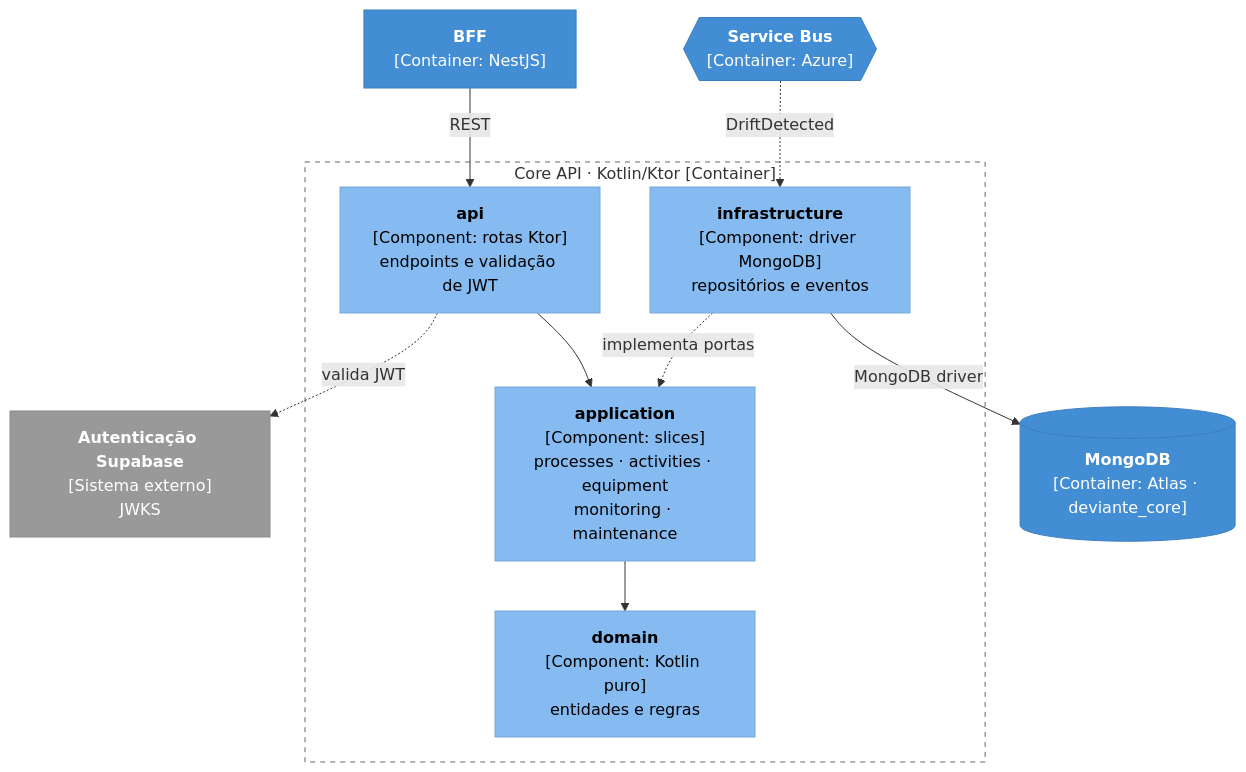
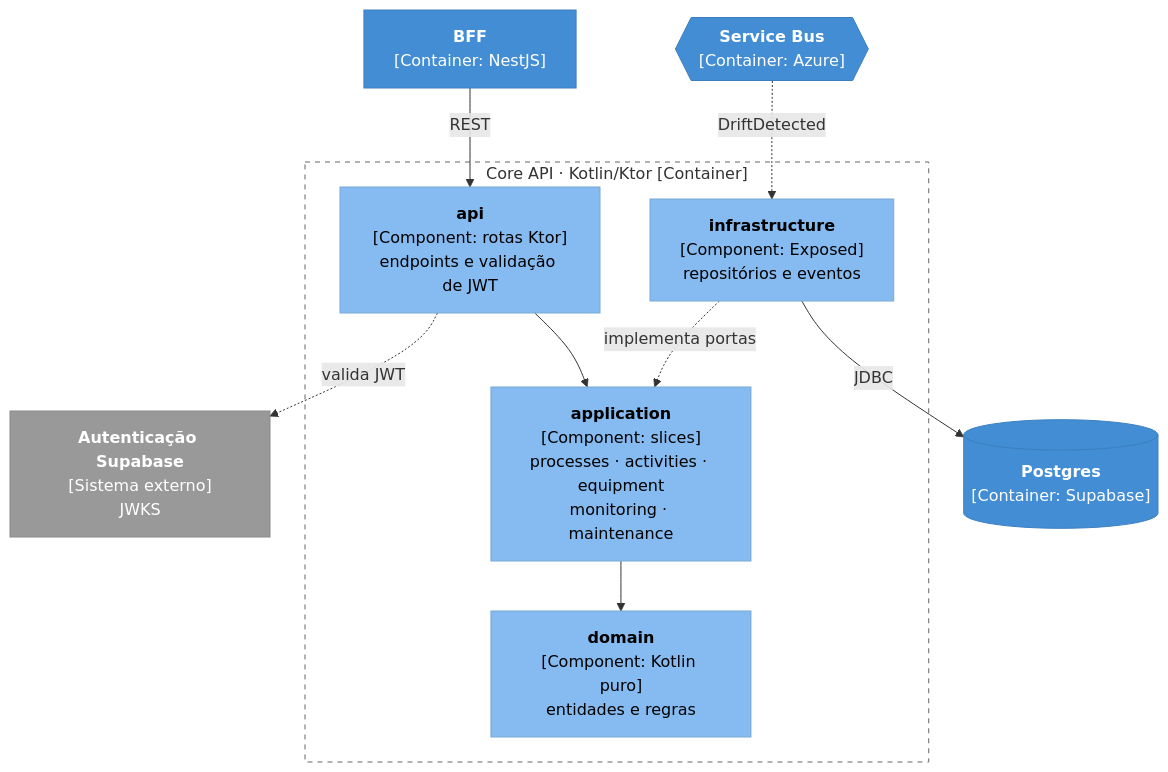
Before and after one commit to aland3r/deviante-docs: the third of 13 diagrams in architecture/arc42.md, drawn with Mermaid. The commit also changed other lines of this file, not shown here.

First line of the commit message:
arc42: Core volta ao Supabase Postgres; persistência poliglota (ADR 03 e 08, §1.1, §2, §4, §5, §7, §8, §11)

````diff
--- a/architecture/arc42.md
+++ b/architecture/arc42.md
@@ -323,29 +323,29 @@
 ```mermaid
 flowchart TB
     bff["<b>BFF</b><br/>[Container: NestJS]"]
     auth["<b>Autenticação Supabase</b><br/>[Sistema externo]<br/>JWKS"]
     bus{{"<b>Service Bus</b><br/>[Container: Azure]"}}
-    db[("<b>MongoDB</b><br/>[Container: Atlas · deviante_core]")]
+    db[("<b>Postgres</b><br/>[Container: Supabase]")]
 
     subgraph core["Core API · Kotlin/Ktor [Container]"]
         api["<b>api</b><br/>[Component: rotas Ktor]<br/>endpoints e validação de JWT"]
         app["<b>application</b><br/>[Component: slices]<br/>processes · activities · equipment<br/>monitoring · maintenance"]
         domain["<b>domain</b><br/>[Component: Kotlin puro]<br/>entidades e regras"]
-        infra["<b>infrastructure</b><br/>[Component: driver MongoDB]<br/>repositórios e eventos"]
+        infra["<b>infrastructure</b><br/>[Component: Exposed]<br/>repositórios e eventos"]
     end
 
     bff -->|REST| api
     api -.->|valida JWT| auth
     api --> app --> domain
     infra -.->|implementa portas| app
-    infra -->|MongoDB driver| db
+    infra -->|JDBC| db
     bus -.->|DriftDetected| infra
 
     classDef container fill:#438DD5,stroke:#3C7FC0,color:#fff
     classDef component fill:#85BBF0,stroke:#78A8D8,color:#000
     classDef external fill:#999999,stroke:#8A8A8A,color:#fff
     class bff,bus,db container
     class api,app,domain,infra component
     class auth external
     style core fill:none,stroke:#666,stroke-dasharray:5 5
 ```
````
